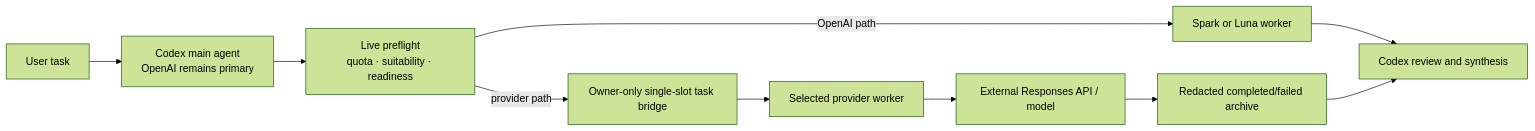
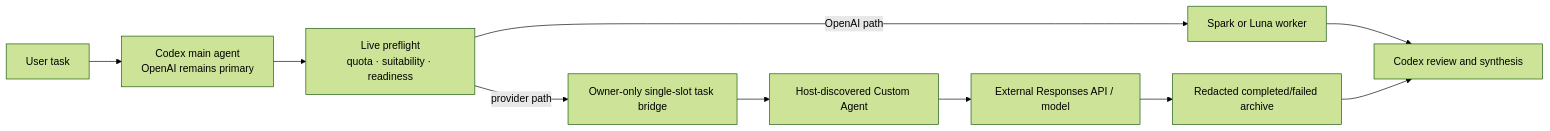
The diagram in docs/architecture.md (dhy365-creator/codex-third-party-workers), drawn with Mermaid (forest theme) before and after one commit. The commit also changed other lines of this file and 53 other files, not shown here.

Commit message:
feat: migrate to Custom Subagents architecture

````diff
--- a/docs/architecture.md
+++ b/docs/architecture.md
@@ -98,12 +112,12 @@
 ```mermaid
 flowchart LR
     U["User task"] --> C["Codex main agent\nOpenAI remains primary"]
     C --> P["Live preflight\nquota · suitability · readiness"]
     P -->|"OpenAI path"| O["Spark or Luna worker"]
     P -->|"provider path"| B["Owner-only single-slot task bridge"]
-    B --> W["Selected provider worker"]
+    B --> W["Host-discovered Custom Agent"]
     W --> R["External Responses API / model"]
     R --> A["Redacted completed/failed archive"]
     O --> S["Codex review and synthesis"]
     A --> S
 ```
````
